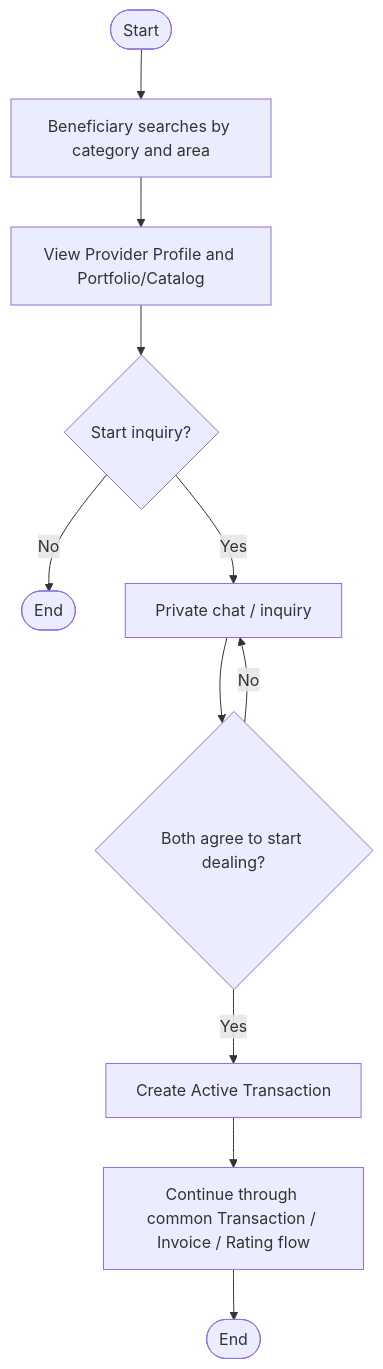
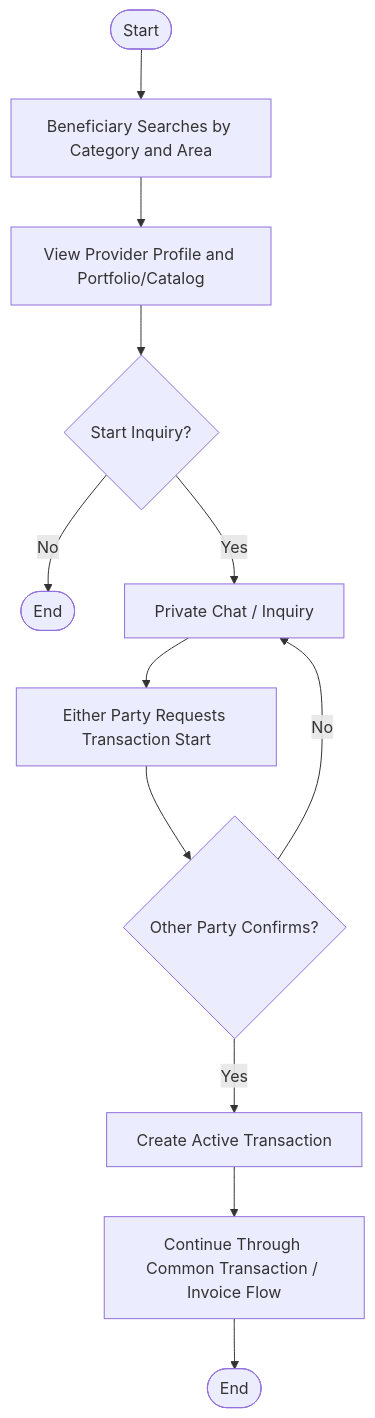
Before and after one commit to Yadd-SanaaUniversityGraduationProject/yadd: the third of 5 diagrams in docs/03-analysis/10-UML.md, drawn with Mermaid. The commit also changed other lines of this file, not shown here.

Commit message:
modeling: synchronize UML with approved transaction lifecycle

````diff
--- a/docs/03-analysis/10-UML.md
+++ b/docs/03-analysis/10-UML.md
@@ -160,13 +162,14 @@
 ```mermaid
 flowchart TD
-    S([Start]) --> A[Beneficiary searches by category and area]
+    S([Start]) --> A[Beneficiary Searches by Category and Area]
     A --> B[View Provider Profile and Portfolio/Catalog]
-    B --> C{Start inquiry?}
+    B --> C{Start Inquiry?}
     C -- No --> Z([End])
-    C -- Yes --> D[Private chat / inquiry]
-    D --> E{Both agree to start dealing?}
-    E -- No --> D
-    E -- Yes --> F[Create Active Transaction]
-    F --> G[Continue through common Transaction / Invoice / Rating flow]
-    G --> Z2([End])
+    C -- Yes --> D[Private Chat / Inquiry]
+    D --> E[Either Party Requests Transaction Start]
+    E --> F{Other Party Confirms?}
+    F -- No --> D
+    F -- Yes --> G[Create Active Transaction]
+    G --> H[Continue Through Common Transaction / Invoice Flow]
+    H --> Z2([End])
 ```
````
